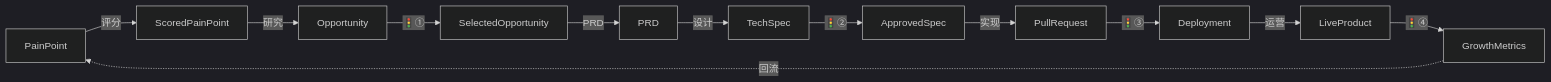
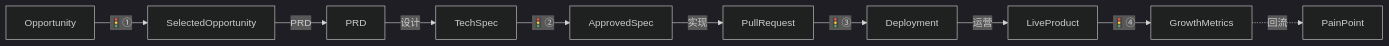
One commit to zoe27/ai-pain-pipeline changed the third of 4 diagrams in docs/flow.md. Above: the diagram before and after it, drawn with Mermaid (dark theme). The commit also changed other lines of this file and 7 other files, not shown here.

````diff
--- a/docs/flow.md
+++ b/docs/flow.md
@@ -50,14 +66,12 @@
 ```mermaid
 flowchart LR
-    PP[PainPoint] -->|评分| SPP[ScoredPainPoint]
-    SPP -->|研究| OPP[Opportunity]
-    OPP -->|🚦①| SO[SelectedOpportunity]
+    OPP[Opportunity] -->|🚦①| SO[SelectedOpportunity]
     SO -->|PRD| PRD[PRD]
     PRD -->|设计| TS[TechSpec]
     TS -->|🚦②| AS[ApprovedSpec]
     AS -->|实现| PR[PullRequest]
     PR -->|🚦③| DEP[Deployment]
     DEP -->|运营| LP[LiveProduct]
     LP -->|🚦④| GM[GrowthMetrics]
-    GM -.->|回流| PP
+    GM -.->|回流| PP[PainPoint]
 ```
````
